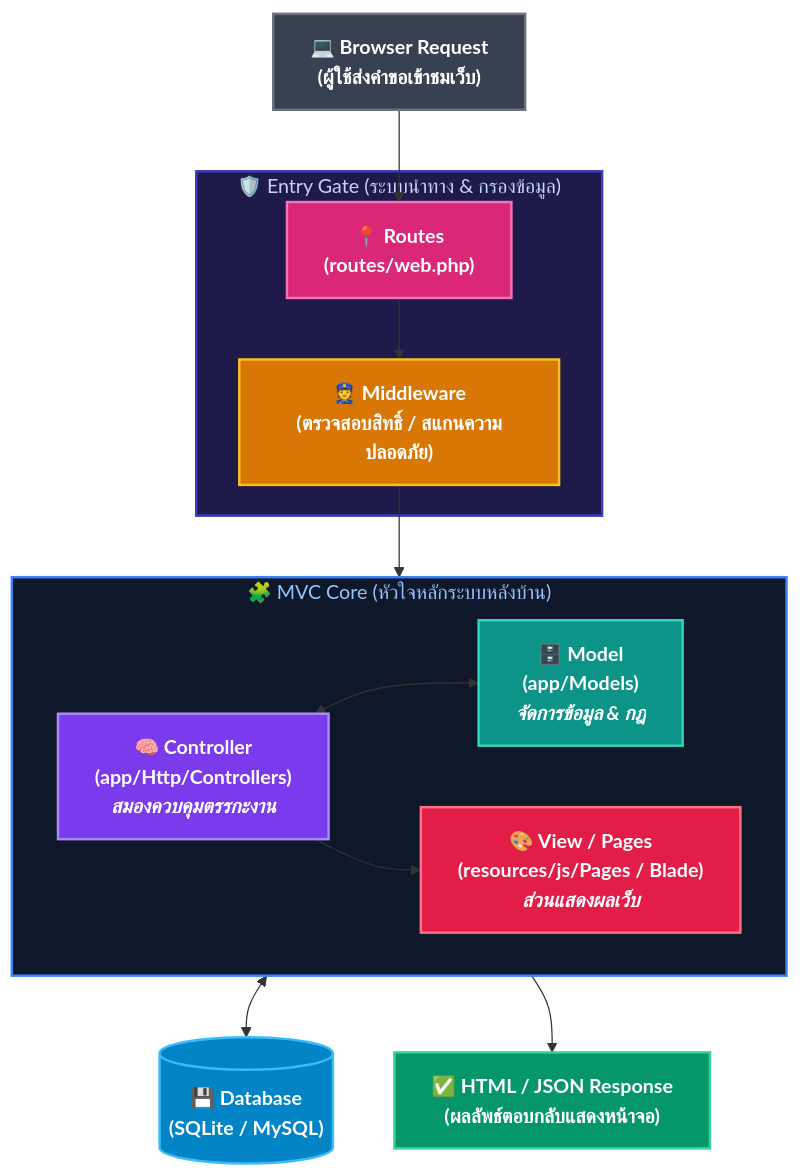
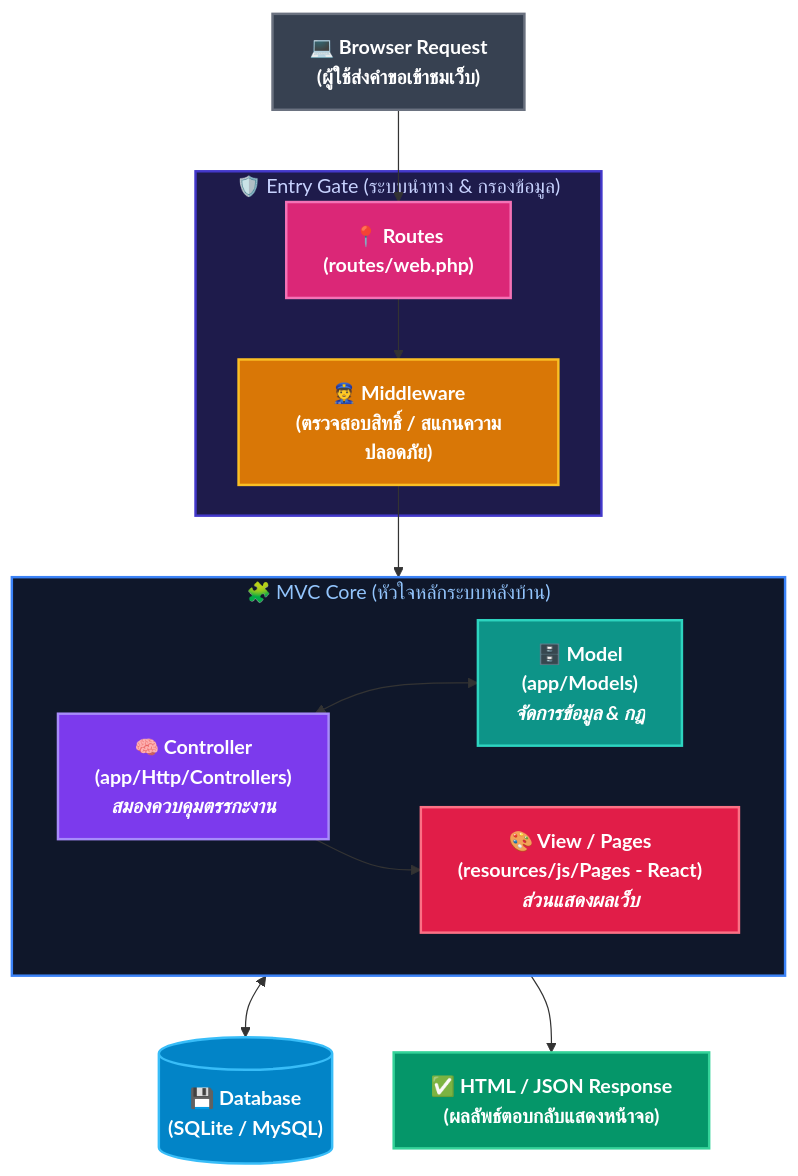
Before and after one commit to Krungsri/laravel-vibecode: the first of 7 diagrams in 01-lesson.md, drawn with Mermaid. The commit also changed other lines of this file and 1 other file, not shown here.

Commit message:
docs: replace Blade template engine with React & Inertia.js views

````diff
--- a/01-lesson.md
+++ b/01-lesson.md
@@ -316,50 +316,50 @@
 ```mermaid
 flowchart TD
     %% Browser Request (Top)
     U["💻 Browser Request<br>(ผู้ใช้ส่งคำขอเข้าชมเว็บ)"]
 
     %% Routing & Gatekeepers
     subgraph Gate ["🛡️ Entry Gate (ระบบนำทาง & กรองข้อมูล)"]
         R["📍 <b>Routes</b><br>(routes/web.php)"]
         M["👮 <b>Middleware</b><br>(ตรวจสอบสิทธิ์ / สแกนความปลอดภัย)"]
     end
 
     %% MVC Core Architecture (LR inside)
     subgraph MVC ["🧩 MVC Core (หัวใจหลักระบบหลังบ้าน)"]
         direction LR
         C["🧠 <b>Controller</b><br>(app/Http/Controllers)<br><i>สมองควบคุมตรรกะงาน</i>"]
         Mo["🗄️ <b>Model</b><br>(app/Models)<br><i>จัดการข้อมูล & กฎ</i>"]
-        V["🎨 <b>View / Pages</b><br>(resources/js/Pages / Blade)<br><i>ส่วนแสดงผลเว็บ</i>"]
+        V["🎨 <b>View / Pages</b><br>(resources/js/Pages - React)<br><i>ส่วนแสดงผลเว็บ</i>"]
     end
 
     %% Database
     DB[("💾 <b>Database</b><br>(SQLite / MySQL)")]
 
     %% Response (Bottom)
     U2["✅ HTML / JSON Response<br>(ผลลัพธ์ตอบกลับแสดงหน้าจอ)"]
 
     %% Process flow
     U --> R
     R --> M
     M --> C
     C <--> Mo
     Mo <--> DB
     C --> V
     V --> U2
 
     %% Styling
     style Gate fill:#1e1b4b,stroke:#4338ca,stroke-width:2px,color:#c7d2fe
     style MVC fill:#0f172a,stroke:#3b82f6,stroke-width:2px,color:#93c5fd
 
     style U fill:#374151,stroke:#6b7280,stroke-width:2px,color:#ffffff,font-weight:bold
     style U2 fill:#059669,stroke:#34d399,stroke-width:2px,color:#ffffff,font-weight:bold
 
     style R fill:#db2777,stroke:#f472b6,stroke-width:2px,color:#ffffff,font-weight:bold
     style M fill:#d97706,stroke:#fbbf24,stroke-width:2px,color:#ffffff,font-weight:bold
 
     style C fill:#7c3aed,stroke:#a78bfa,stroke-width:2px,color:#ffffff,font-weight:bold
     style Mo fill:#0d9488,stroke:#2dd4bf,stroke-width:2px,color:#ffffff,font-weight:bold
     style V fill:#e11d48,stroke:#fb7185,stroke-width:2px,color:#ffffff,font-weight:bold
 
     style DB fill:#0284c7,stroke:#38bdf8,stroke-width:2px,color:#ffffff,font-weight:bold
 ```
````
